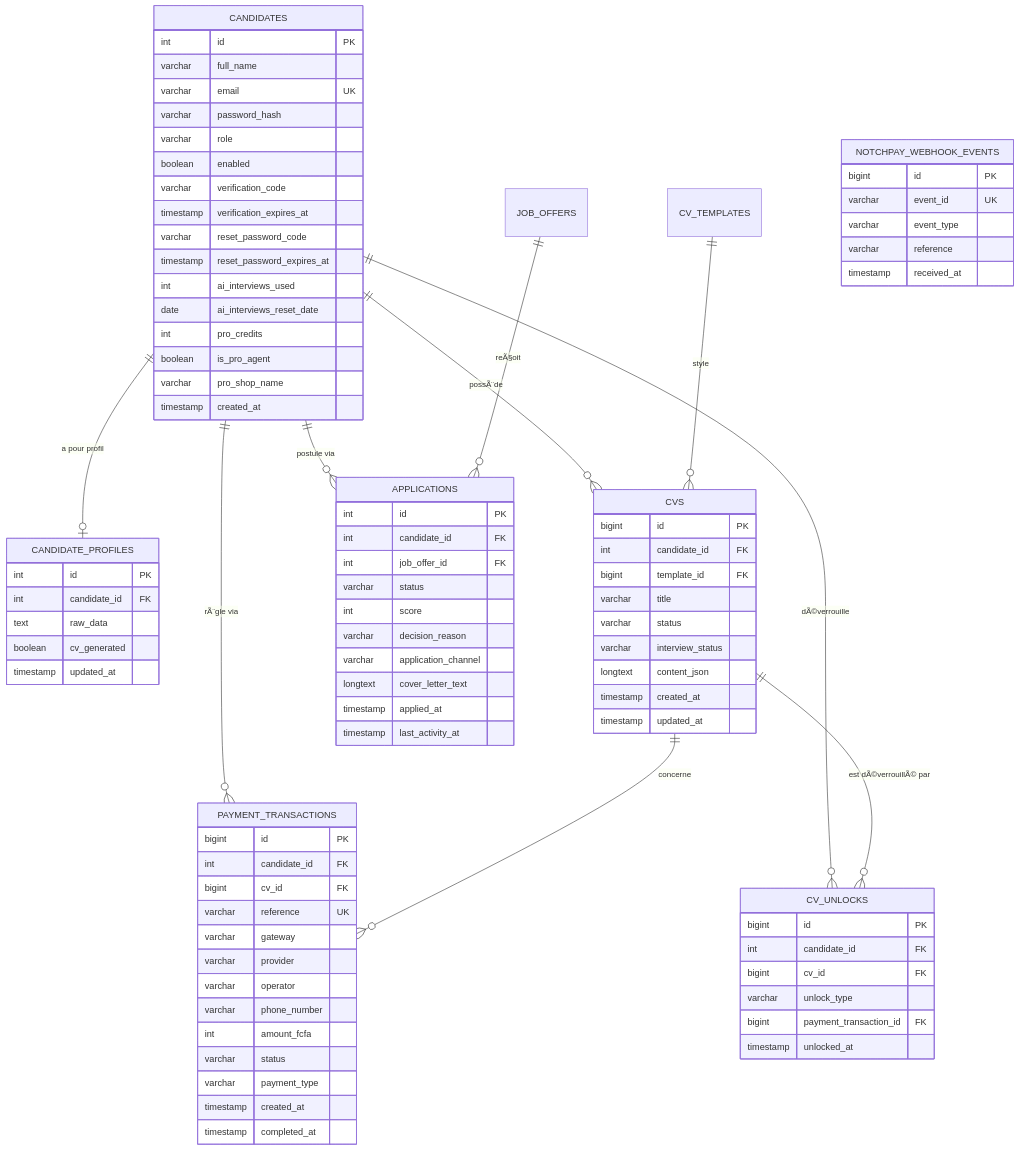
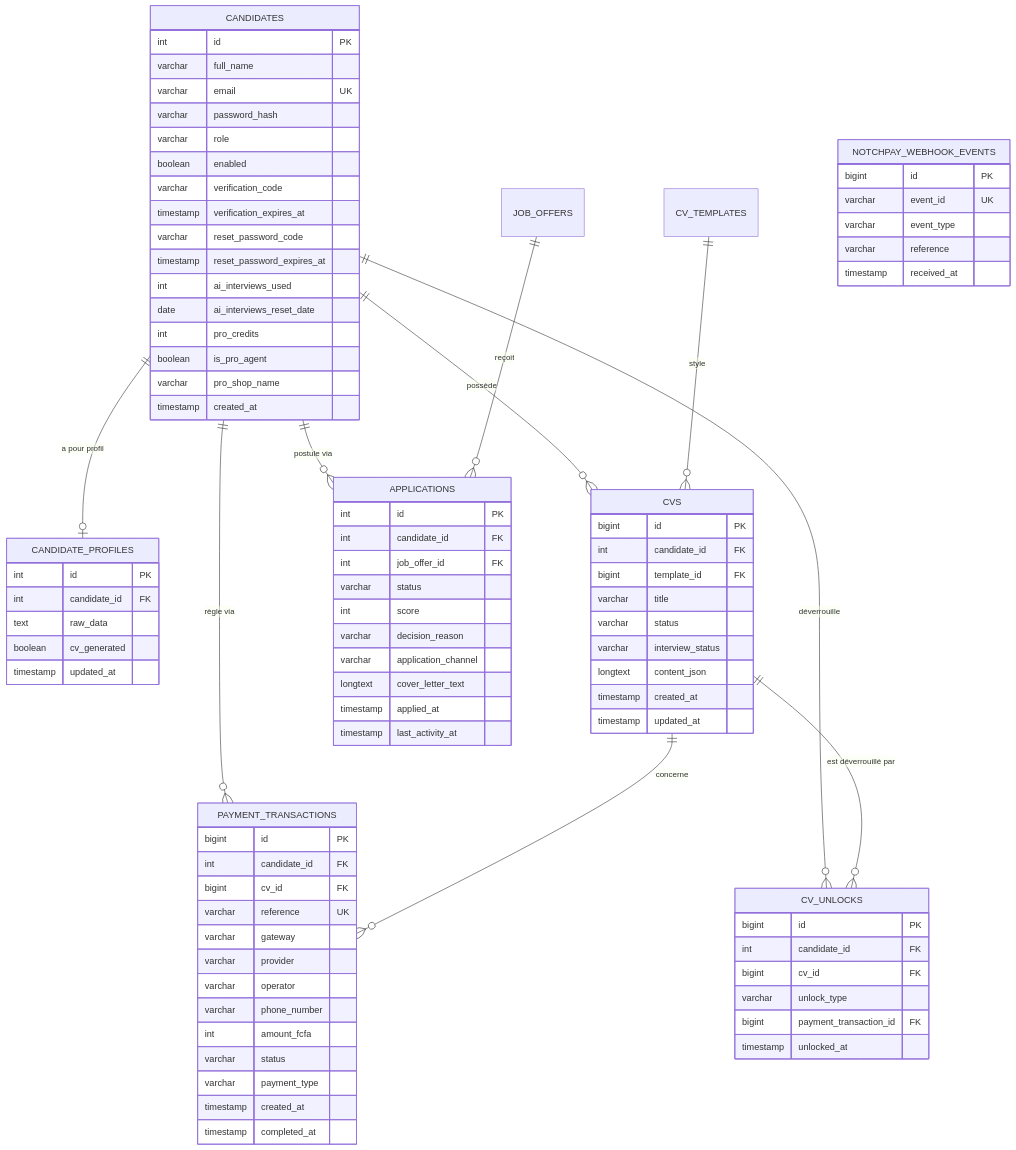
The fifth of 5 diagrams in code/CONTEXTE_PROJET.md (Hallow3/automatisation), drawn with Mermaid before and after one commit. The commit also changed other lines of this file, not shown here.

````diff
--- a/code/CONTEXTE_PROJET.md
+++ b/code/CONTEXTE_PROJET.md
@@ -443,14 +444,14 @@
 ```mermaid
 erDiagram
     CANDIDATES ||--o| CANDIDATE_PROFILES : "a pour profil"
-    CANDIDATES ||--o{ CVS : "possÃ¨de"
+    CANDIDATES ||--o{ CVS : "possède"
     CANDIDATES ||--o{ APPLICATIONS : "postule via"
-    CANDIDATES ||--o{ PAYMENT_TRANSACTIONS : "rÃ¨gle via"
-    CANDIDATES ||--o{ CV_UNLOCKS : "dÃ©verrouille"
-    JOB_OFFERS ||--o{ APPLICATIONS : "reÃ§oit"
+    CANDIDATES ||--o{ PAYMENT_TRANSACTIONS : "règle via"
+    CANDIDATES ||--o{ CV_UNLOCKS : "déverrouille"
+    JOB_OFFERS ||--o{ APPLICATIONS : "reçoit"
     CV_TEMPLATES ||--o{ CVS : "style"
     CVS ||--o{ PAYMENT_TRANSACTIONS : "concerne"
-    CVS ||--o{ CV_UNLOCKS : "est dÃ©verrouillÃ© par"
+    CVS ||--o{ CV_UNLOCKS : "est déverrouillé par"
 
     CANDIDATES {
         int id PK
````
